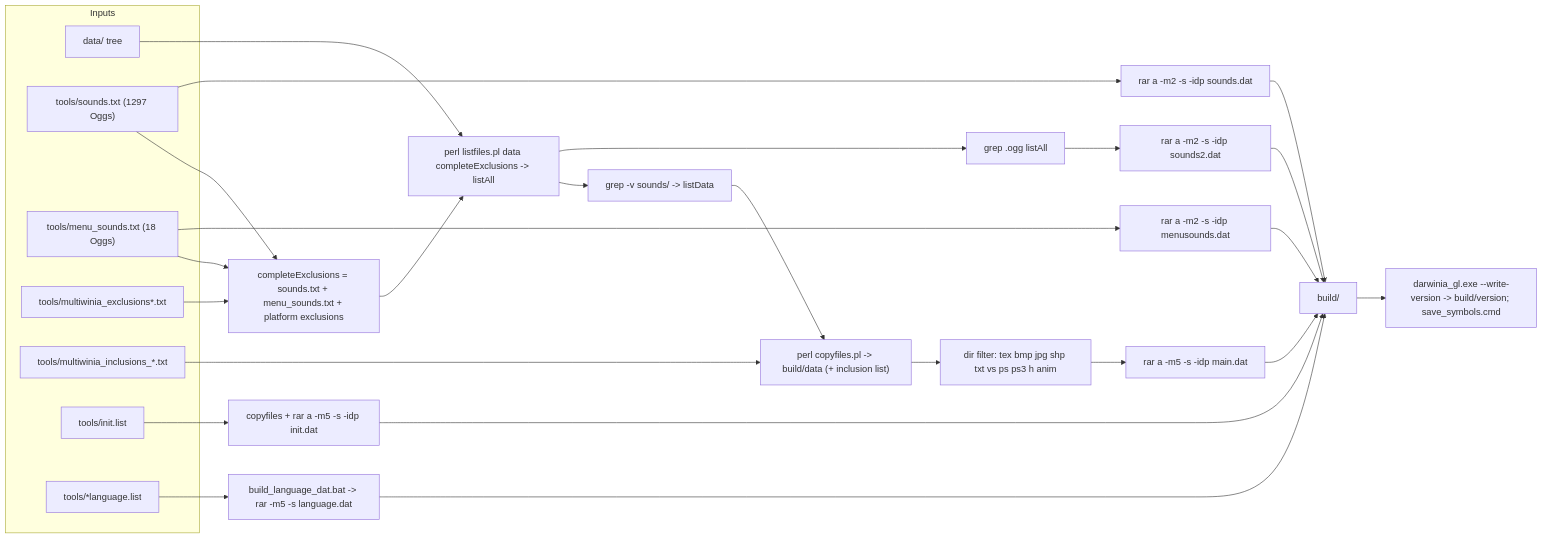
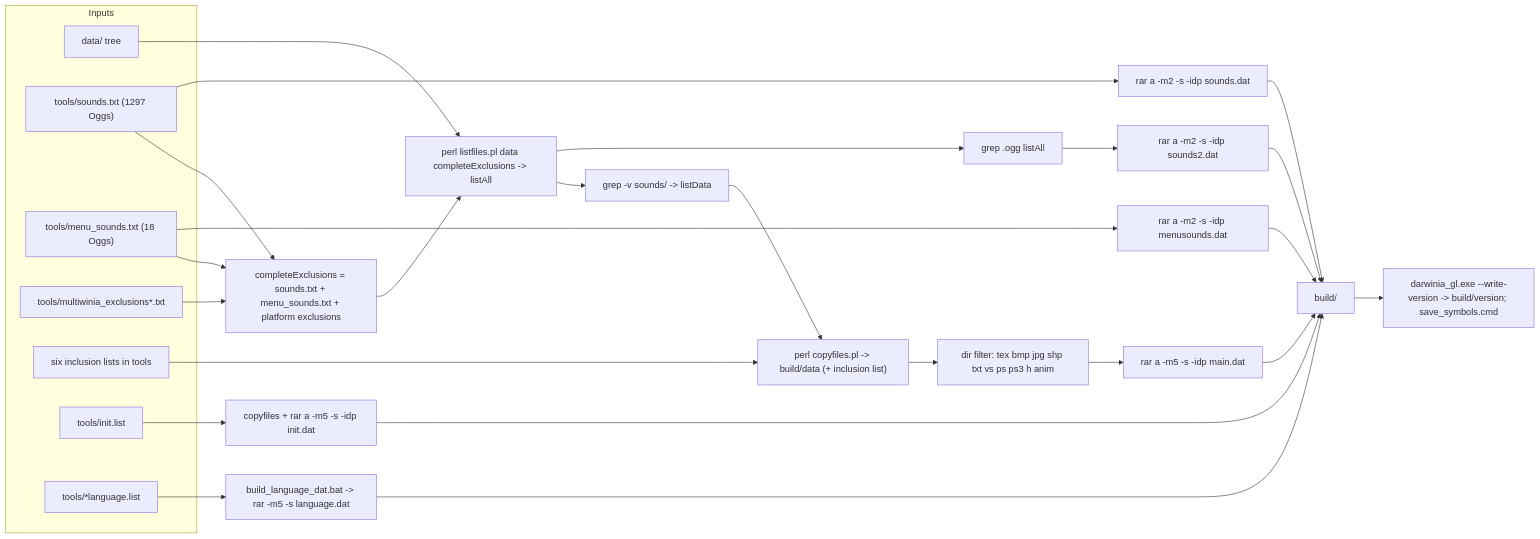
The seventh of 7 diagrams in design/31_platform_build_and_tools.md (Zwaliebaba/Species.AI), drawn with Mermaid before and after one commit. The commit also changed other lines of this file and 17 other files, not shown here.

````diff
--- a/design/31_platform_build_and_tools.md
+++ b/design/31_platform_build_and_tools.md
@@ -884,34 +884,34 @@
 ```mermaid
 flowchart LR
   subgraph Inputs
     D["data/ tree"]
     SL["tools/sounds.txt (1297 Oggs)"]
     ML["tools/menu_sounds.txt (18 Oggs)"]
     EX["tools/multiwinia_exclusions*.txt"]
-    IN["tools/multiwinia_inclusions_*.txt"]
+    IN["six inclusion lists in tools"]
     IL["tools/init.list"]
     LL["tools/*language.list"]
   end
   SL --> CE["completeExclusions = sounds.txt + menu_sounds.txt + platform exclusions"]
   ML --> CE
   EX --> CE
   D --> LF["perl listfiles.pl data completeExclusions -> listAll"]
   CE --> LF
   LF --> G1["grep -v sounds/ -> listData"]
   G1 --> CP["perl copyfiles.pl -> build/data (+ inclusion list)"]
   IN --> CP
   CP --> FX["dir filter: tex bmp jpg shp txt vs ps ps3 h anim"]
   FX --> MAIN["rar a -m5 -s -idp main.dat"]
   IL --> INIT["copyfiles + rar a -m5 -s -idp init.dat"]
   LL --> LANG["build_language_dat.bat -> rar -m5 -s language.dat"]
   ML --> MS["rar a -m2 -s -idp menusounds.dat"]
   SL --> SS["rar a -m2 -s -idp sounds.dat"]
   LF --> G2["grep .ogg listAll"] --> S2["rar a -m2 -s -idp sounds2.dat"]
   MAIN --> B["build/"]
   INIT --> B
   LANG --> B
   MS --> B
   SS --> B
   S2 --> B
   B --> V["darwinia_gl.exe --write-version -> build/version; save_symbols.cmd"]
 ```
````
